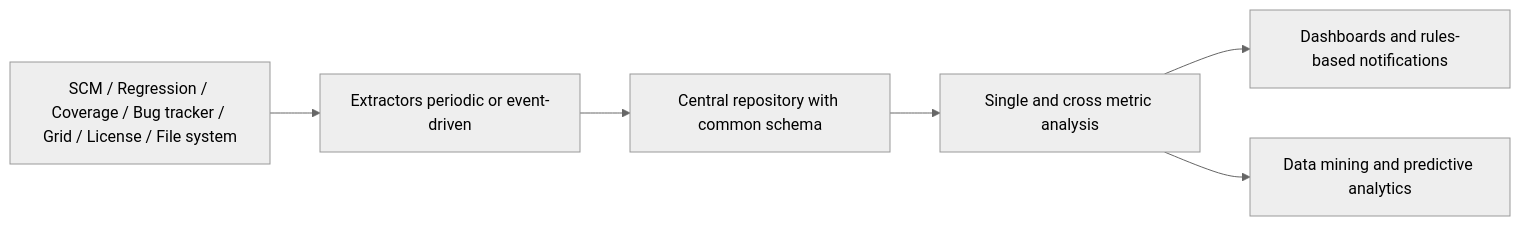
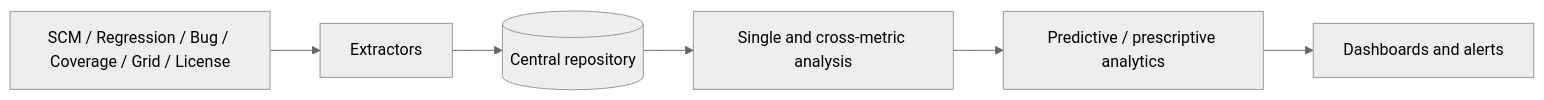
One commit to nemo99007/yt-paper changed the diagram in docs/papers/ref-20261018-c017-improving-verification-predictability-and-efficiency-using-b.md. Above: the diagram before and after it, drawn with Mermaid (neutral theme). The commit also changed other lines of this file and 172 other files, not shown here.

````diff
--- a/docs/papers/ref-20261018-c017-improving-verification-predictability-and-efficiency-using-b.md
+++ b/docs/papers/ref-20261018-c017-improving-verification-predictability-and-efficiency-using-b.md
@@ -172,8 +207,8 @@
 ```mermaid
 flowchart LR
-    A[SCM / Regression / Coverage / Bug tracker / Grid / License / File system] --> B[Extractors periodic or event-driven]
-    B --> C[Central repository with common schema]
-    C --> D[Single and cross metric analysis]
-    D --> E[Dashboards and rules-based notifications]
-    D --> F[Data mining and predictive analytics]
+  S[SCM / Regression / Bug / Coverage / Grid / License] --> E[Extractors]
+  E --> R[(Central repository)]
+  R --> A[Single and cross-metric analysis]
+  A --> P[Predictive / prescriptive analytics]
+  P --> D[Dashboards and alerts]
 ```
````
